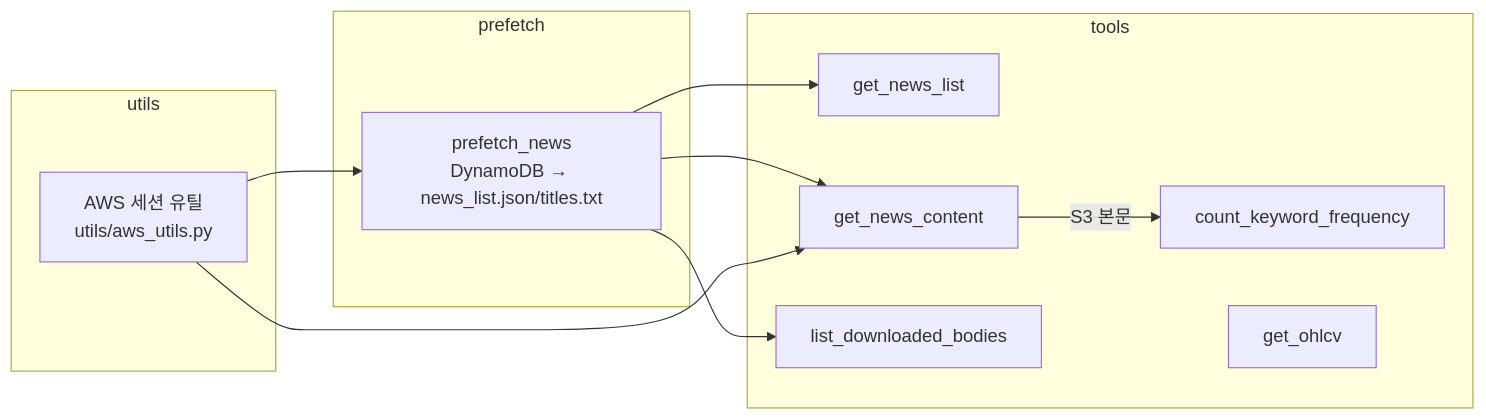
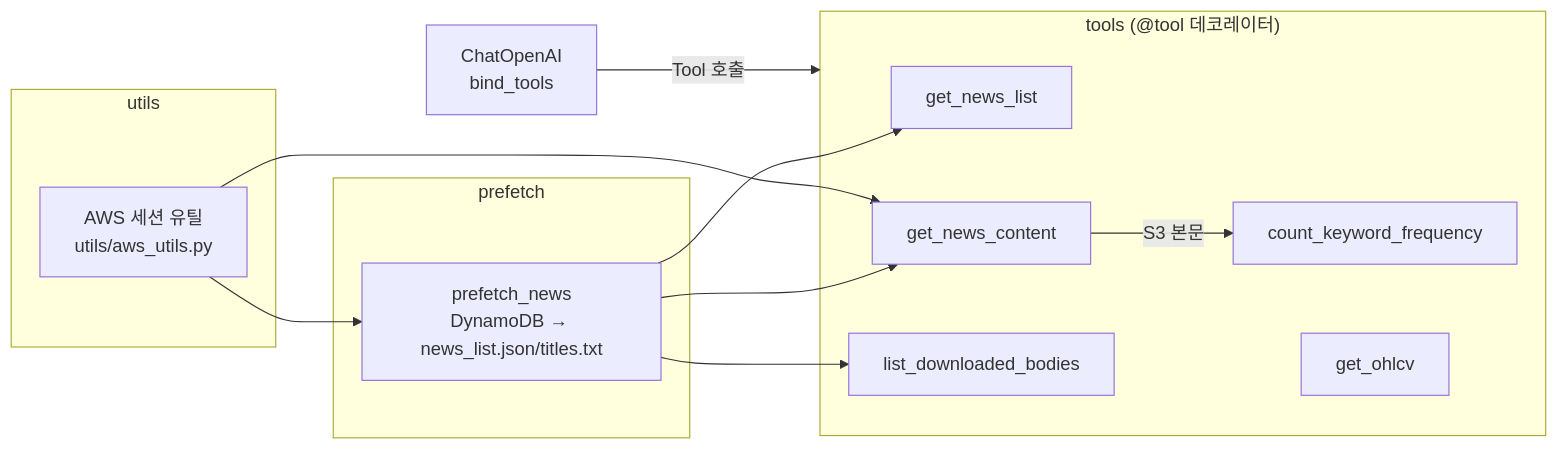
The second of 2 diagrams in OpeningAgent/ARCHITECTURE.md (junseok0913/25fw-kubig-mas), drawn with Mermaid before and after one commit. The commit also changed other lines of this file and 5 other files, not shown here.

````diff
--- a/OpeningAgent/ARCHITECTURE.md
+++ b/OpeningAgent/ARCHITECTURE.md
@@ -28,22 +34,24 @@
 ```mermaid
 flowchart LR
-    subgraph tools
+    subgraph tools["tools (@tool 데코레이터)"]
         GL[get_news_list]
         GC[get_news_content]
         LB[list_downloaded_bodies]
         KF[count_keyword_frequency]
         OH[get_ohlcv]
     end
     subgraph utils
         AU[AWS 세션 유틸<br/>utils/aws_utils.py]
     end
     subgraph prefetch
         PF[prefetch_news<br/>DynamoDB → news_list.json/titles.txt]
     end
+    LLM[ChatOpenAI<br/>bind_tools]
+    LLM -->|Tool 호출| tools
     PF --> GL
     PF --> GC
     PF --> LB
     GC -->|S3 본문| KF
     AU --> PF
     AU --> GC
 ```
````
